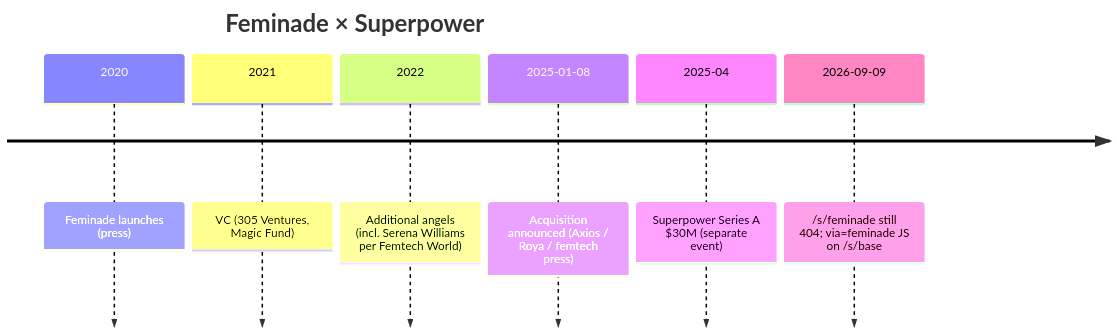
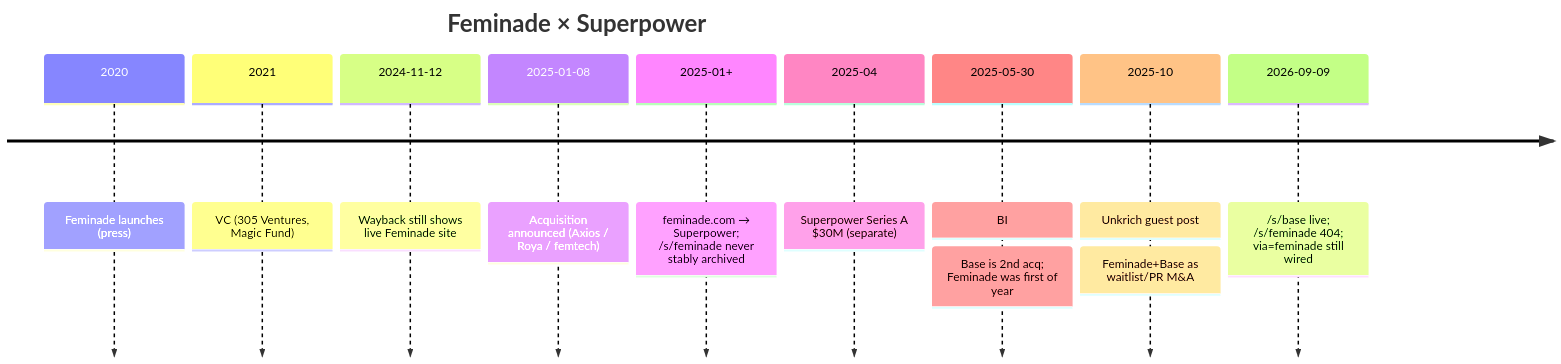
The second of 2 diagrams in sources/special-topics/feminade.md (mchu-1/superpower), drawn with Mermaid before and after one commit. The commit also changed other lines of this file and 10 other files, not shown here.

````diff
--- a/sources/special-topics/feminade.md
+++ b/sources/special-topics/feminade.md
@@ -93,10 +112,13 @@
 ```mermaid
 timeline
     title Feminade × Superpower
     2020 : Feminade launches (press)
     2021 : VC (305 Ventures, Magic Fund)
-    2022 : Additional angels (incl. Serena Williams per Femtech World)
-    2025-01-08 : Acquisition announced (Axios / Roya / femtech press)
-    2025-04 : Superpower Series A $30M (separate event)
-    2026-09-09 : /s/feminade still 404; via=feminade JS on /s/base
+    2024-11-12 : Wayback still shows live Feminade site
+    2025-01-08 : Acquisition announced (Axios / Roya / femtech)
+    2025-01+ : feminade.com → Superpower; /s/feminade never stably archived
+    2025-04 : Superpower Series A $30M (separate)
+    2025-05-30 : BI: Base is 2nd acq; Feminade was first of year
+    2025-10 : Unkrich guest post: Feminade+Base as waitlist/PR M&A
+    2026-09-09 : /s/base live; /s/feminade 404; via=feminade still wired
 ```
````
